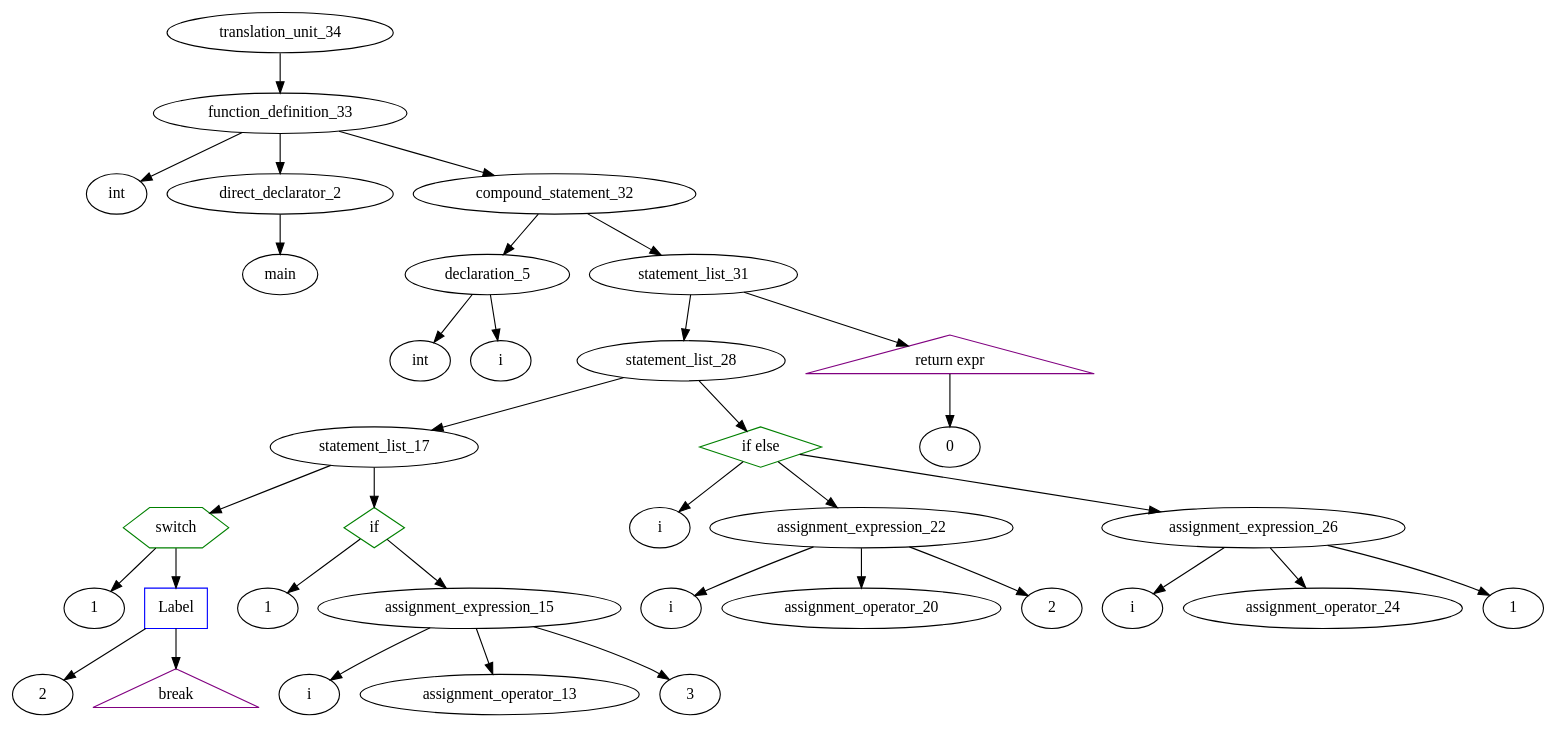
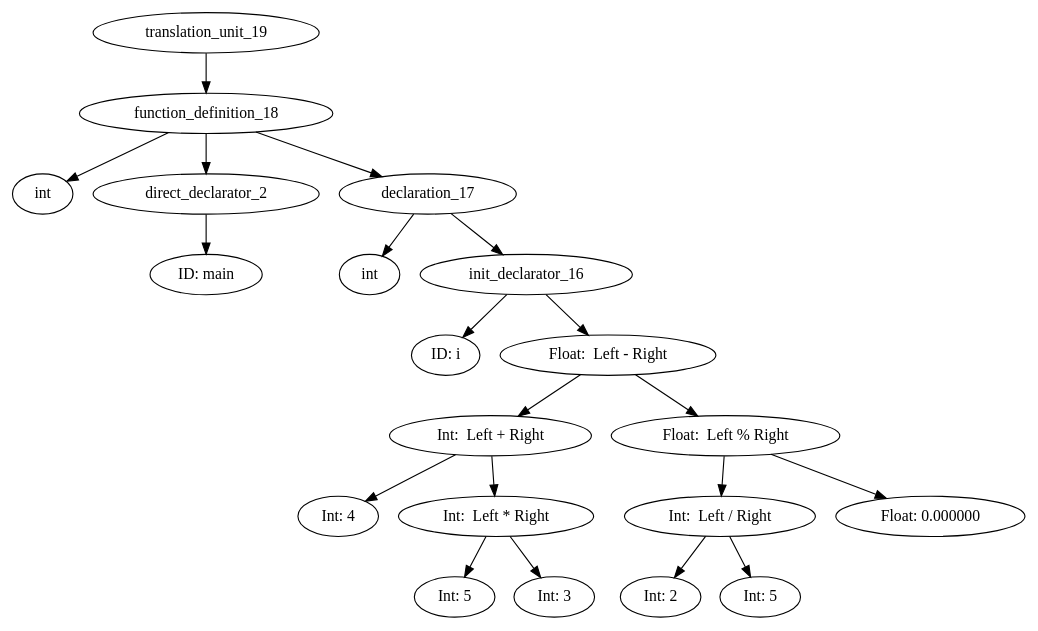
One commit to ahpalmerUNR/c_compiler changed the diagram in graphs/default.gv. Above: the diagram before and after it, drawn with Graphviz. The commit also changed 12 other files, not shown here.

```diff
--- a/graphs/default.gv
+++ b/graphs/default.gv
@@ -1,57 +1,36 @@
 digraph AST {
-	translation_unit_34 -> function_definition_33;
-	function_definition_33 -> type_specifier_0;
+	translation_unit_19 -> function_definition_18;
+	function_definition_18 -> type_specifier_0;
 	type_specifier_0 [label="int"]
-	function_definition_33 -> direct_declarator_2;
+	function_definition_18 -> direct_declarator_2;
 	direct_declarator_2 -> identifier_1;
-	identifier_1 [label="main"]
-	function_definition_33 -> compound_statement_32;
-	compound_statement_32 -> declaration_5;
-	declaration_5 -> type_specifier_3;
+	identifier_1 [label="ID: main"]
+	function_definition_18 -> declaration_17;
+	declaration_17 -> type_specifier_3;
 	type_specifier_3 [label="int"]
-	declaration_5 -> identifier_4;
-	identifier_4 [label="i"]
-	compound_statement_32 -> statement_list_31;
-	statement_list_31 -> statement_list_28;
-	statement_list_28 -> statement_list_17;
-	statement_list_17 -> selection_statement_10;
-	selection_statement_10 [shape=hexagon,color=green,label="switch"]
-	selection_statement_10 -> constant_6;
-	constant_6 [label="1"]
-	selection_statement_10 -> labeled_statement_9;
-	labeled_statement_9 [shape = box,color=blue,label="Label"]
-	labeled_statement_9 -> constant_7;
-	constant_7 [label="2"]
-	labeled_statement_9 -> jump_statement_8;
-	jump_statement_8 [shape = triangle,color=purple,label="break"]
-	statement_list_17 -> selection_statement_16;
-	selection_statement_16 [shape=diamond,color=green,label="if"]
-	selection_statement_16 -> constant_11;
-	constant_11 [label="1"]
-	selection_statement_16 -> assignment_expression_15;
-	assignment_expression_15 -> identifier_12;
-	identifier_12 [label="i"]
-	assignment_expression_15 -> assignment_operator_13;
-	assignment_expression_15 -> constant_14;
-	constant_14 [label="3"]
-	statement_list_28 -> selection_statement_27;
-	selection_statement_27 [shape=diamond,color=green,label="if else"]
-	selection_statement_27 -> identifier_18;
-	identifier_18 [label="i"]
-	selection_statement_27 -> assignment_expression_22;
-	assignment_expression_22 -> identifier_19;
-	identifier_19 [label="i"]
-	assignment_expression_22 -> assignment_operator_20;
-	assignment_expression_22 -> constant_21;
-	constant_21 [label="2"]
-	selection_statement_27 -> assignment_expression_26;
-	assignment_expression_26 -> identifier_23;
-	identifier_23 [label="i"]
-	assignment_expression_26 -> assignment_operator_24;
-	assignment_expression_26 -> constant_25;
-	constant_25 [label="1"]
-	statement_list_31 -> jump_statement_30;
-	jump_statement_30 [shape = triangle,color=purple,label="return expr"]
-	jump_statement_30 -> constant_29;
-	constant_29 [label="0"]
+	declaration_17 -> init_declarator_16;
+	init_declarator_16 -> identifier_4;
+	identifier_4 [label="ID: i"]
+	init_declarator_16 -> unary_expression_15;
+	unary_expression_15 [label="Float:  Left - Right"]
+	unary_expression_15 -> unary_expression_9;
+	unary_expression_9 [label="Int:  Left + Right"]
+	unary_expression_9 -> constant_5;
+	constant_5 [label="Int: 4"]
+	unary_expression_9 -> unary_expression_8;
+	unary_expression_8 [label="Int:  Left * Right"]
+	unary_expression_8 -> constant_6;
+	constant_6 [label="Int: 5"]
+	unary_expression_8 -> constant_7;
+	constant_7 [label="Int: 3"]
+	unary_expression_15 -> unary_expression_14;
+	unary_expression_14 [label="Float:  Left % Right"]
+	unary_expression_14 -> unary_expression_12;
+	unary_expression_12 [label="Int:  Left / Right"]
+	unary_expression_12 -> constant_10;
+	constant_10 [label="Int: 2"]
+	unary_expression_12 -> constant_11;
+	constant_11 [label="Int: 5"]
+	unary_expression_14 -> constant_13;
+	constant_13 [label="Float: 0.000000"]
 }
```
